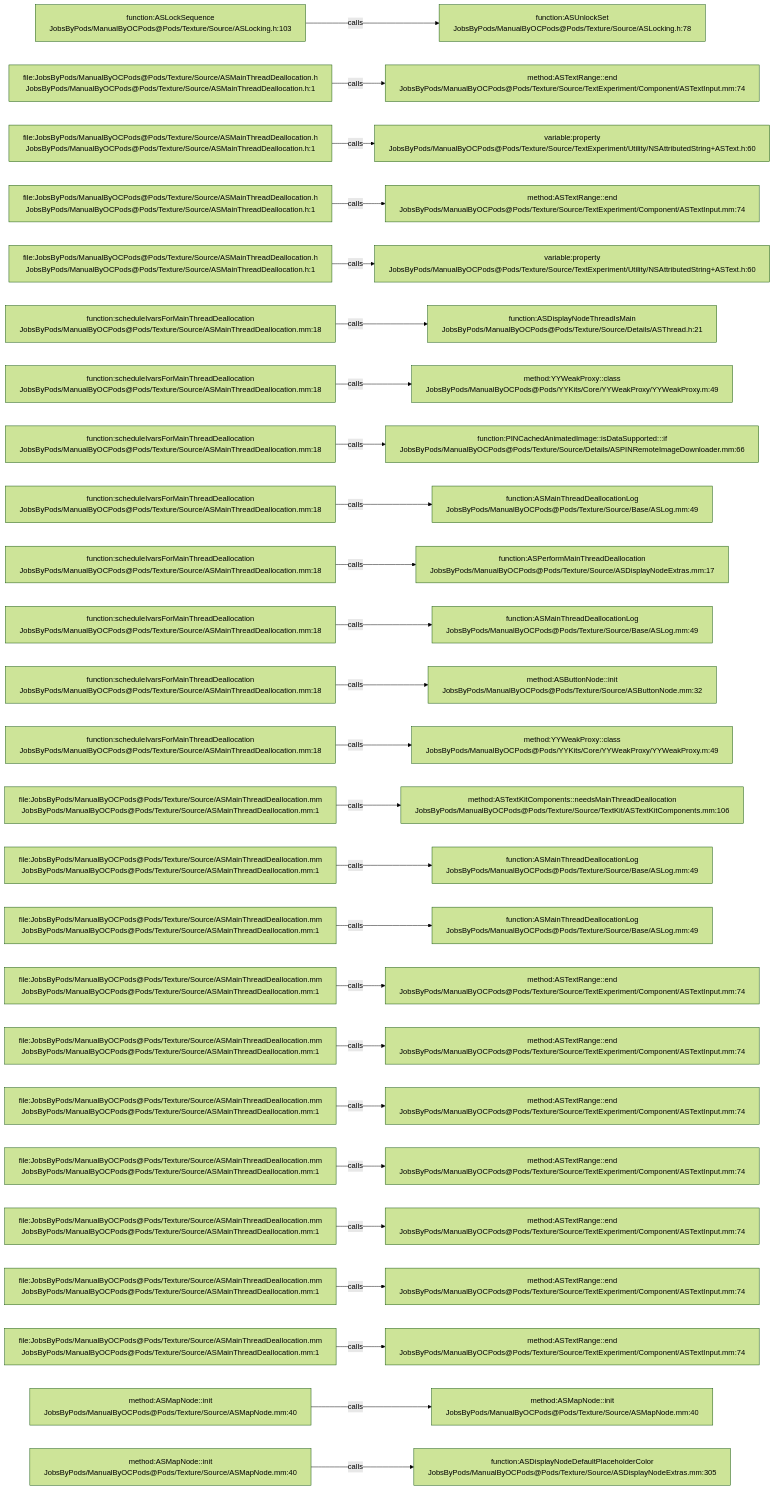
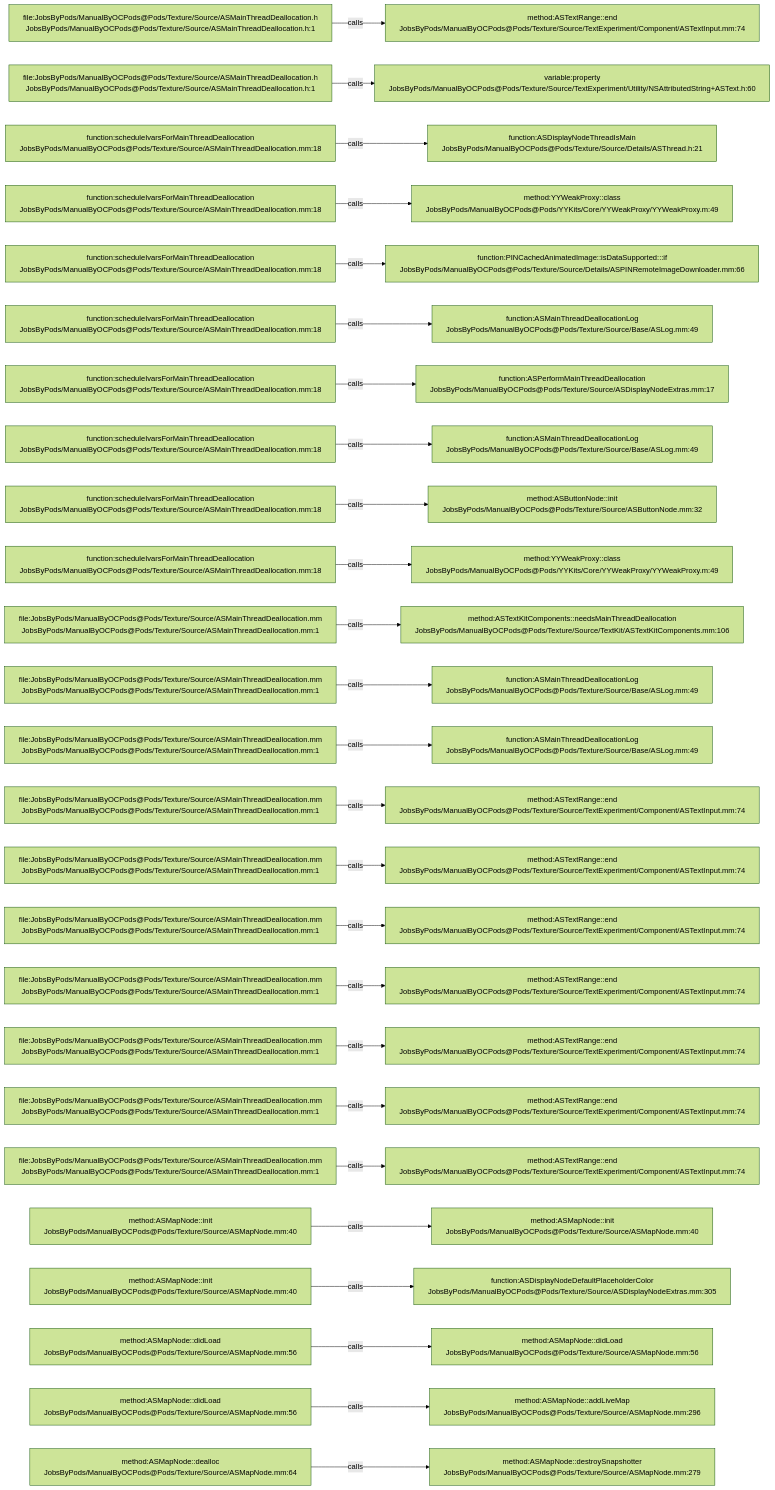
Before and after one commit to JobsKits/JobsOCBaseConfigDemo: the diagram in .codegraph/codegraph.md/graphs/calls-114.md, drawn with Mermaid (forest theme). The commit also changed 342 other files, not shown here.

````diff
--- a/.codegraph/codegraph.md/graphs/calls-114.md
+++ b/.codegraph/codegraph.md/graphs/calls-114.md
@@ -13,78 +13,78 @@
 ```mermaid
 flowchart LR
-  S1["function:ASLockSequence<br/>JobsByPods/ManualByOCPods@Pods/Texture/Source/ASLocking.h:103"]
-  T1["function:ASUnlockSet<br/>JobsByPods/ManualByOCPods@Pods/Texture/Source/ASLocking.h:78"]
+  S1["file:JobsByPods/ManualByOCPods@Pods/Texture/Source/ASMainThreadDeallocation.h<br/>JobsByPods/ManualByOCPods@Pods/Texture/Source/ASMainThreadDeallocation.h:1"]
+  T1["method:ASTextRange::end<br/>JobsByPods/ManualByOCPods@Pods/Texture/Source/TextExperiment/Component/ASTextInput.mm:74"]
   S1 -->|calls| T1
   S2["file:JobsByPods/ManualByOCPods@Pods/Texture/Source/ASMainThreadDeallocation.h<br/>JobsByPods/ManualByOCPods@Pods/Texture/Source/ASMainThreadDeallocation.h:1"]
-  T2["method:ASTextRange::end<br/>JobsByPods/ManualByOCPods@Pods/Texture/Source/TextExperiment/Component/ASTextInput.mm:74"]
+  T2["variable:property<br/>JobsByPods/ManualByOCPods@Pods/Texture/Source/TextExperiment/Utility/NSAttributedString+ASText.h:60"]
   S2 -->|calls| T2
-  S3["file:JobsByPods/ManualByOCPods@Pods/Texture/Source/ASMainThreadDeallocation.h<br/>JobsByPods/ManualByOCPods@Pods/Texture/Source/ASMainThreadDeallocation.h:1"]
-  T3["variable:property<br/>JobsByPods/ManualByOCPods@Pods/Texture/Source/TextExperiment/Utility/NSAttributedString+ASText.h:60"]
+  S3["function:scheduleIvarsForMainThreadDeallocation<br/>JobsByPods/ManualByOCPods@Pods/Texture/Source/ASMainThreadDeallocation.mm:18"]
+  T3["function:ASDisplayNodeThreadIsMain<br/>JobsByPods/ManualByOCPods@Pods/Texture/Source/Details/ASThread.h:21"]
   S3 -->|calls| T3
-  S4["file:JobsByPods/ManualByOCPods@Pods/Texture/Source/ASMainThreadDeallocation.h<br/>JobsByPods/ManualByOCPods@Pods/Texture/Source/ASMainThreadDeallocation.h:1"]
-  T4["method:ASTextRange::end<br/>JobsByPods/ManualByOCPods@Pods/Texture/Source/TextExperiment/Component/ASTextInput.mm:74"]
+  S4["function:scheduleIvarsForMainThreadDeallocation<br/>JobsByPods/ManualByOCPods@Pods/Texture/Source/ASMainThreadDeallocation.mm:18"]
+  T4["method:YYWeakProxy::class<br/>JobsByPods/ManualByOCPods@Pods/YYKits/Core/YYWeakProxy/YYWeakProxy.m:49"]
   S4 -->|calls| T4
-  S5["file:JobsByPods/ManualByOCPods@Pods/Texture/Source/ASMainThreadDeallocation.h<br/>JobsByPods/ManualByOCPods@Pods/Texture/Source/ASMainThreadDeallocation.h:1"]
-  T5["variable:property<br/>JobsByPods/ManualByOCPods@Pods/Texture/Source/TextExperiment/Utility/NSAttributedString+ASText.h:60"]
+  S5["function:scheduleIvarsForMainThreadDeallocation<br/>JobsByPods/ManualByOCPods@Pods/Texture/Source/ASMainThreadDeallocation.mm:18"]
+  T5["function:PINCachedAnimatedImage::isDataSupported:::if<br/>JobsByPods/ManualByOCPods@Pods/Texture/Source/Details/ASPINRemoteImageDownloader.mm:66"]
   S5 -->|calls| T5
   S6["function:scheduleIvarsForMainThreadDeallocation<br/>JobsByPods/ManualByOCPods@Pods/Texture/Source/ASMainThreadDeallocation.mm:18"]
-  T6["function:ASDisplayNodeThreadIsMain<br/>JobsByPods/ManualByOCPods@Pods/Texture/Source/Details/ASThread.h:21"]
+  T6["function:ASMainThreadDeallocationLog<br/>JobsByPods/ManualByOCPods@Pods/Texture/Source/Base/ASLog.mm:49"]
   S6 -->|calls| T6
   S7["function:scheduleIvarsForMainThreadDeallocation<br/>JobsByPods/ManualByOCPods@Pods/Texture/Source/ASMainThreadDeallocation.mm:18"]
-  T7["method:YYWeakProxy::class<br/>JobsByPods/ManualByOCPods@Pods/YYKits/Core/YYWeakProxy/YYWeakProxy.m:49"]
+  T7["function:ASPerformMainThreadDeallocation<br/>JobsByPods/ManualByOCPods@Pods/Texture/Source/ASDisplayNodeExtras.mm:17"]
   S7 -->|calls| T7
   S8["function:scheduleIvarsForMainThreadDeallocation<br/>JobsByPods/ManualByOCPods@Pods/Texture/Source/ASMainThreadDeallocation.mm:18"]
-  T8["function:PINCachedAnimatedImage::isDataSupported:::if<br/>JobsByPods/ManualByOCPods@Pods/Texture/Source/Details/ASPINRemoteImageDownloader.mm:66"]
+  T8["function:ASMainThreadDeallocationLog<br/>JobsByPods/ManualByOCPods@Pods/Texture/Source/Base/ASLog.mm:49"]
   S8 -->|calls| T8
   S9["function:scheduleIvarsForMainThreadDeallocation<br/>JobsByPods/ManualByOCPods@Pods/Texture/Source/ASMainThreadDeallocation.mm:18"]
-  T9["function:ASMainThreadDeallocationLog<br/>JobsByPods/ManualByOCPods@Pods/Texture/Source/Base/ASLog.mm:49"]
+  T9["method:ASButtonNode::init<br/>JobsByPods/ManualByOCPods@Pods/Texture/Source/ASButtonNode.mm:32"]
   S9 -->|calls| T9
   S10["function:scheduleIvarsForMainThreadDeallocation<br/>JobsByPods/ManualByOCPods@Pods/Texture/Source/ASMainThreadDeallocation.mm:18"]
-  T10["function:ASPerformMainThreadDeallocation<br/>JobsByPods/ManualByOCPods@Pods/Texture/Source/ASDisplayNodeExtras.mm:17"]
+  T10["method:YYWeakProxy::class<br/>JobsByPods/ManualByOCPods@Pods/YYKits/Core/YYWeakProxy/YYWeakProxy.m:49"]
   S10 -->|calls| T10
-  S11["function:scheduleIvarsForMainThreadDeallocation<br/>JobsByPods/ManualByOCPods@Pods/Texture/Source/ASMainThreadDeallocation.mm:18"]
-  T11["function:ASMainThreadDeallocationLog<br/>JobsByPods/ManualByOCPods@Pods/Texture/Source/Base/ASLog.mm:49"]
+  S11["file:JobsByPods/ManualByOCPods@Pods/Texture/Source/ASMainThreadDeallocation.mm<br/>JobsByPods/ManualByOCPods@Pods/Texture/Source/ASMainThreadDeallocation.mm:1"]
+  T11["method:ASTextKitComponents::needsMainThreadDeallocation<br/>JobsByPods/ManualByOCPods@Pods/Texture/Source/TextKit/ASTextKitComponents.mm:106"]
   S11 -->|calls| T11
-  S12["function:scheduleIvarsForMainThreadDeallocation<br/>JobsByPods/ManualByOCPods@Pods/Texture/Source/ASMainThreadDeallocation.mm:18"]
-  T12["method:ASButtonNode::init<br/>JobsByPods/ManualByOCPods@Pods/Texture/Source/ASButtonNode.mm:32"]
+  S12["file:JobsByPods/ManualByOCPods@Pods/Texture/Source/ASMainThreadDeallocation.mm<br/>JobsByPods/ManualByOCPods@Pods/Texture/Source/ASMainThreadDeallocation.mm:1"]
+  T12["function:ASMainThreadDeallocationLog<br/>JobsByPods/ManualByOCPods@Pods/Texture/Source/Base/ASLog.mm:49"]
   S12 -->|calls| T12
-  S13["function:scheduleIvarsForMainThreadDeallocation<br/>JobsByPods/ManualByOCPods@Pods/Texture/Source/ASMainThreadDeallocation.mm:18"]
-  T13["method:YYWeakProxy::class<br/>JobsByPods/ManualByOCPods@Pods/YYKits/Core/YYWeakProxy/YYWeakProxy.m:49"]
+  S13["file:JobsByPods/ManualByOCPods@Pods/Texture/Source/ASMainThreadDeallocation.mm<br/>JobsByPods/ManualByOCPods@Pods/Texture/Source/ASMainThreadDeallocation.mm:1"]
+  T13["function:ASMainThreadDeallocationLog<br/>JobsByPods/ManualByOCPods@Pods/Texture/Source/Base/ASLog.mm:49"]
   S13 -->|calls| T13
   S14["file:JobsByPods/ManualByOCPods@Pods/Texture/Source/ASMainThreadDeallocation.mm<br/>JobsByPods/ManualByOCPods@Pods/Texture/Source/ASMainThreadDeallocation.mm:1"]
-  T14["method:ASTextKitComponents::needsMainThreadDeallocation<br/>JobsByPods/ManualByOCPods@Pods/Texture/Source/TextKit/ASTextKitComponents.mm:106"]
+  T14["method:ASTextRange::end<br/>JobsByPods/ManualByOCPods@Pods/Texture/Source/TextExperiment/Component/ASTextInput.mm:74"]
   S14 -->|calls| T14
   S15["file:JobsByPods/ManualByOCPods@Pods/Texture/Source/ASMainThreadDeallocation.mm<br/>JobsByPods/ManualByOCPods@Pods/Texture/Source/ASMainThreadDeallocation.mm:1"]
-  T15["function:ASMainThreadDeallocationLog<br/>JobsByPods/ManualByOCPods@Pods/Texture/Source/Base/ASLog.mm:49"]
+  T15["method:ASTextRange::end<br/>JobsByPods/ManualByOCPods@Pods/Texture/Source/TextExperiment/Component/ASTextInput.mm:74"]
   S15 -->|calls| T15
   S16["file:JobsByPods/ManualByOCPods@Pods/Texture/Source/ASMainThreadDeallocation.mm<br/>JobsByPods/ManualByOCPods@Pods/Texture/Source/ASMainThreadDeallocation.mm:1"]
-  T16["function:ASMainThreadDeallocationLog<br/>JobsByPods/ManualByOCPods@Pods/Texture/Source/Base/ASLog.mm:49"]
+  T16["method:ASTextRange::end<br/>JobsByPods/ManualByOCPods@Pods/Texture/Source/TextExperiment/Component/ASTextInput.mm:74"]
   S16 -->|calls| T16
   S17["file:JobsByPods/ManualByOCPods@Pods/Texture/Source/ASMainThreadDeallocation.mm<br/>JobsByPods/ManualByOCPods@Pods/Texture/Source/ASMainThreadDeallocation.mm:1"]
   T17["method:ASTextRange::end<br/>JobsByPods/ManualByOCPods@Pods/Texture/Source/TextExperiment/Component/ASTextInput.mm:74"]
   S17 -->|calls| T17
   S18["file:JobsByPods/ManualByOCPods@Pods/Texture/Source/ASMainThreadDeallocation.mm<br/>JobsByPods/ManualByOCPods@Pods/Texture/Source/ASMainThreadDeallocation.mm:1"]
   T18["method:ASTextRange::end<br/>JobsByPods/ManualByOCPods@Pods/Texture/Source/TextExperiment/Component/ASTextInput.mm:74"]
   S18 -->|calls| T18
   S19["file:JobsByPods/ManualByOCPods@Pods/Texture/Source/ASMainThreadDeallocation.mm<br/>JobsByPods/ManualByOCPods@Pods/Texture/Source/ASMainThreadDeallocation.mm:1"]
   T19["method:ASTextRange::end<br/>JobsByPods/ManualByOCPods@Pods/Texture/Source/TextExperiment/Component/ASTextInput.mm:74"]
   S19 -->|calls| T19
   S20["file:JobsByPods/ManualByOCPods@Pods/Texture/Source/ASMainThreadDeallocation.mm<br/>JobsByPods/ManualByOCPods@Pods/Texture/Source/ASMainThreadDeallocation.mm:1"]
   T20["method:ASTextRange::end<br/>JobsByPods/ManualByOCPods@Pods/Texture/Source/TextExperiment/Component/ASTextInput.mm:74"]
   S20 -->|calls| T20
-  S21["file:JobsByPods/ManualByOCPods@Pods/Texture/Source/ASMainThreadDeallocation.mm<br/>JobsByPods/ManualByOCPods@Pods/Texture/Source/ASMainThreadDeallocation.mm:1"]
-  T21["method:ASTextRange::end<br/>JobsByPods/ManualByOCPods@Pods/Texture/Source/TextExperiment/Component/ASTextInput.mm:74"]
+  S21["method:ASMapNode::init<br/>JobsByPods/ManualByOCPods@Pods/Texture/Source/ASMapNode.mm:40"]
+  T21["method:ASMapNode::init<br/>JobsByPods/ManualByOCPods@Pods/Texture/Source/ASMapNode.mm:40"]
   S21 -->|calls| T21
-  S22["file:JobsByPods/ManualByOCPods@Pods/Texture/Source/ASMainThreadDeallocation.mm<br/>JobsByPods/ManualByOCPods@Pods/Texture/Source/ASMainThreadDeallocation.mm:1"]
-  T22["method:ASTextRange::end<br/>JobsByPods/ManualByOCPods@Pods/Texture/Source/TextExperiment/Component/ASTextInput.mm:74"]
+  S22["method:ASMapNode::init<br/>JobsByPods/ManualByOCPods@Pods/Texture/Source/ASMapNode.mm:40"]
+  T22["function:ASDisplayNodeDefaultPlaceholderColor<br/>JobsByPods/ManualByOCPods@Pods/Texture/Source/ASDisplayNodeExtras.mm:305"]
   S22 -->|calls| T22
-  S23["file:JobsByPods/ManualByOCPods@Pods/Texture/Source/ASMainThreadDeallocation.mm<br/>JobsByPods/ManualByOCPods@Pods/Texture/Source/ASMainThreadDeallocation.mm:1"]
-  T23["method:ASTextRange::end<br/>JobsByPods/ManualByOCPods@Pods/Texture/Source/TextExperiment/Component/ASTextInput.mm:74"]
+  S23["method:ASMapNode::didLoad<br/>JobsByPods/ManualByOCPods@Pods/Texture/Source/ASMapNode.mm:56"]
+  T23["method:ASMapNode::didLoad<br/>JobsByPods/ManualByOCPods@Pods/Texture/Source/ASMapNode.mm:56"]
   S23 -->|calls| T23
-  S24["method:ASMapNode::init<br/>JobsByPods/ManualByOCPods@Pods/Texture/Source/ASMapNode.mm:40"]
-  T24["method:ASMapNode::init<br/>JobsByPods/ManualByOCPods@Pods/Texture/Source/ASMapNode.mm:40"]
+  S24["method:ASMapNode::didLoad<br/>JobsByPods/ManualByOCPods@Pods/Texture/Source/ASMapNode.mm:56"]
+  T24["method:ASMapNode::addLiveMap<br/>JobsByPods/ManualByOCPods@Pods/Texture/Source/ASMapNode.mm:296"]
   S24 -->|calls| T24
-  S25["method:ASMapNode::init<br/>JobsByPods/ManualByOCPods@Pods/Texture/Source/ASMapNode.mm:40"]
-  T25["function:ASDisplayNodeDefaultPlaceholderColor<br/>JobsByPods/ManualByOCPods@Pods/Texture/Source/ASDisplayNodeExtras.mm:305"]
+  S25["method:ASMapNode::dealloc<br/>JobsByPods/ManualByOCPods@Pods/Texture/Source/ASMapNode.mm:64"]
+  T25["method:ASMapNode::destroySnapshotter<br/>JobsByPods/ManualByOCPods@Pods/Texture/Source/ASMapNode.mm:279"]
   S25 -->|calls| T25
 ```
````
